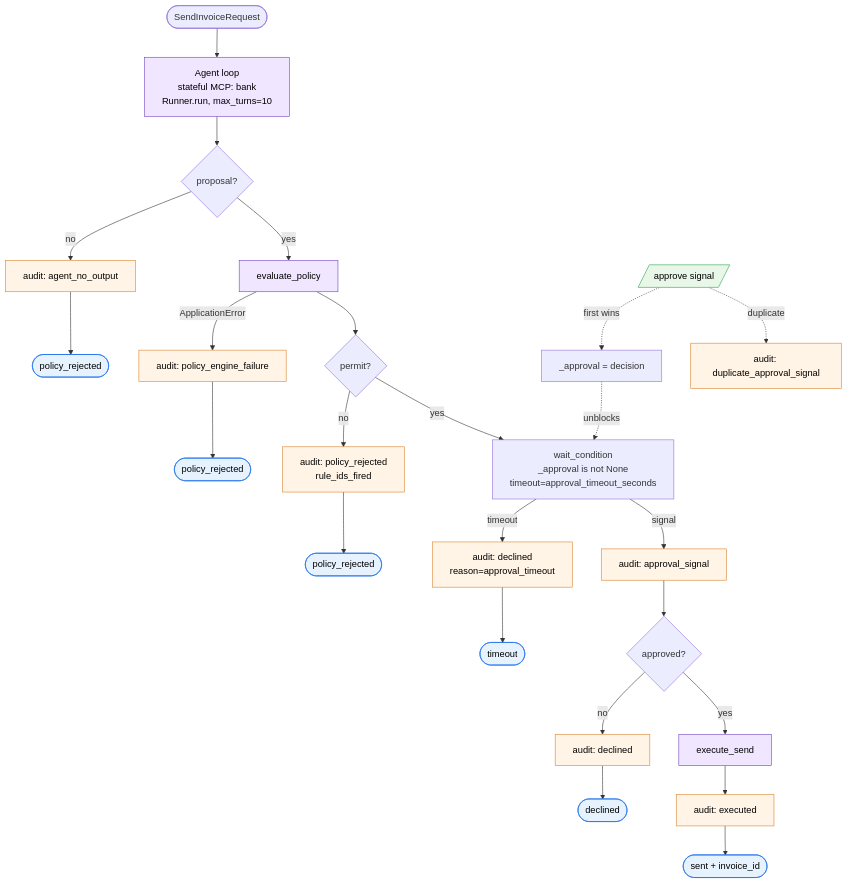
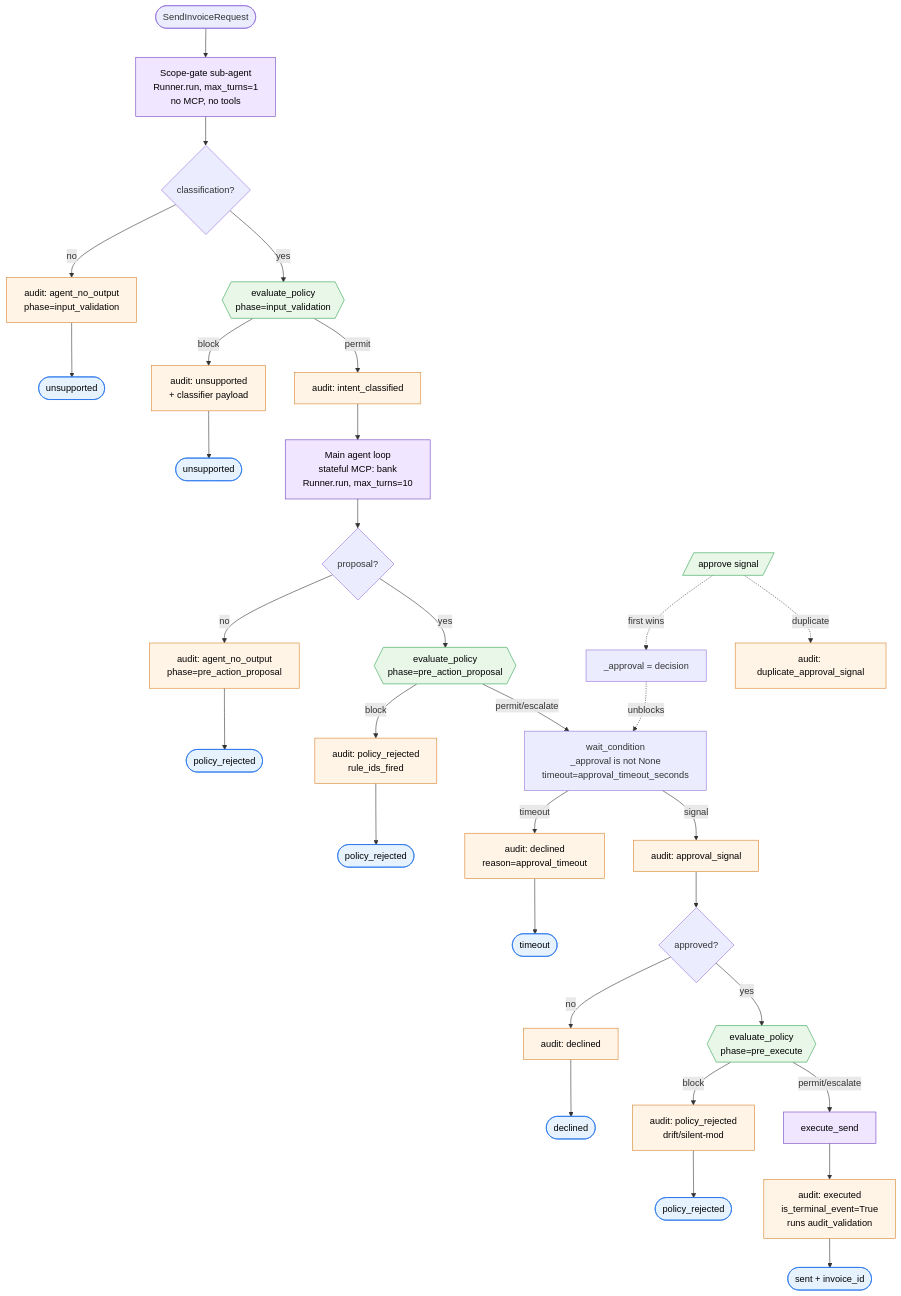
Before and after one commit to felixglush/banking-agent: the diagram in workflows/send_invoice/README.md, drawn with Mermaid. The commit also changed other lines of this file and 46 other files, not shown here.

First line of the commit message:
feat(stage-6): intent classifier / scope gate (#6)

````diff
--- a/workflows/send_invoice/README.md
+++ b/workflows/send_invoice/README.md
@@ -26,35 +35,45 @@
 ```mermaid
 flowchart TD
-    Start([SendInvoiceRequest]) --> Agent[Agent loop<br/>stateful MCP: bank<br/>Runner.run, max_turns=10]
+    Start([SendInvoiceRequest]) --> ScopeGate[Scope-gate sub-agent<br/>Runner.run, max_turns=1<br/>no MCP, no tools]
+    ScopeGate --> HasClass{classification?}
+    HasClass -- no --> AuditNoClass[audit: agent_no_output<br/>phase=input_validation]
+    AuditNoClass --> EndUnsupported1([unsupported])
+    HasClass -- yes --> InputGate{{evaluate_policy<br/>phase=input_validation}}
+    InputGate -- block --> AuditUnsupported[audit: unsupported<br/>+ classifier payload]
+    AuditUnsupported --> EndUnsupported2([unsupported])
+    InputGate -- permit --> AuditIntent[audit: intent_classified]
+    AuditIntent --> Agent[Main agent loop<br/>stateful MCP: bank<br/>Runner.run, max_turns=10]
     Agent --> HasOutput{proposal?}
-    HasOutput -- no --> AuditNoOut[audit: agent_no_output]
+    HasOutput -- no --> AuditNoOut[audit: agent_no_output<br/>phase=pre_action_proposal]
     AuditNoOut --> EndRejected1([policy_rejected])
-    HasOutput -- yes --> Policy[evaluate_policy]
-    Policy -- ApplicationError --> AuditEngineFail[audit: policy_engine_failure]
-    AuditEngineFail --> EndRejected2([policy_rejected])
-    Policy --> Permit{permit?}
-    Permit -- no --> AuditPolReject[audit: policy_rejected<br/>rule_ids_fired]
-    AuditPolReject --> EndRejected3([policy_rejected])
-    Permit -- yes --> Wait[wait_condition<br/>_approval is not None<br/>timeout=approval_timeout_seconds]
+    HasOutput -- yes --> ProposalGate{{evaluate_policy<br/>phase=pre_action_proposal}}
+    ProposalGate -- block --> AuditPolReject[audit: policy_rejected<br/>rule_ids_fired]
+    AuditPolReject --> EndRejected2([policy_rejected])
+    ProposalGate -- permit/escalate --> Wait[wait_condition<br/>_approval is not None<br/>timeout=approval_timeout_seconds]
     Wait -- timeout --> AuditTimeout[audit: declined<br/>reason=approval_timeout]
     AuditTimeout --> EndTimeout([timeout])
     Wait -- signal --> AuditSignal[audit: approval_signal]
     AuditSignal --> Approved{approved?}
     Approved -- no --> AuditDeclined[audit: declined]
     AuditDeclined --> EndDeclined([declined])
-    Approved -- yes --> Execute[execute_send]
-    Execute --> AuditExecuted[audit: executed]
+    Approved -- yes --> PreExecGate{{evaluate_policy<br/>phase=pre_execute}}
+    PreExecGate -- block --> AuditDriftReject[audit: policy_rejected<br/>drift/silent-mod]
+    AuditDriftReject --> EndRejected3([policy_rejected])
+    PreExecGate -- permit/escalate --> Execute[execute_send]
+    Execute --> AuditExecuted[audit: executed<br/>is_terminal_event=True<br/>runs audit_validation]
     AuditExecuted --> EndSent([sent + invoice_id])
 
     Signal[/approve signal/]:::signal -. first wins .-> SetApproval[_approval = decision]
     Signal -. duplicate .-> AuditDup[audit: duplicate_approval_signal]
     SetApproval -. unblocks .-> Wait
 
     classDef audit fill:#fff4e6,stroke:#d9822b,color:#000
     classDef terminal fill:#e6f3ff,stroke:#1f6feb,color:#000
     classDef activity fill:#f0e6ff,stroke:#6f42c1,color:#000
+    classDef policy fill:#e8f7e8,stroke:#2da44e,color:#000
     classDef signal fill:#e8f7e8,stroke:#2da44e,color:#000
-    class AuditNoOut,AuditEngineFail,AuditPolReject,AuditTimeout,AuditSignal,AuditDeclined,AuditExecuted,AuditDup audit
-    class EndRejected1,EndRejected2,EndRejected3,EndTimeout,EndDeclined,EndSent terminal
-    class Agent,Policy,Execute activity
+    class AuditNoClass,AuditUnsupported,AuditIntent,AuditNoOut,AuditPolReject,AuditTimeout,AuditSignal,AuditDeclined,AuditDriftReject,AuditExecuted,AuditDup audit
+    class EndUnsupported1,EndUnsupported2,EndRejected1,EndRejected2,EndRejected3,EndTimeout,EndDeclined,EndSent terminal
+    class ScopeGate,Agent,Execute activity
+    class InputGate,ProposalGate,PreExecGate policy
 ```
````
